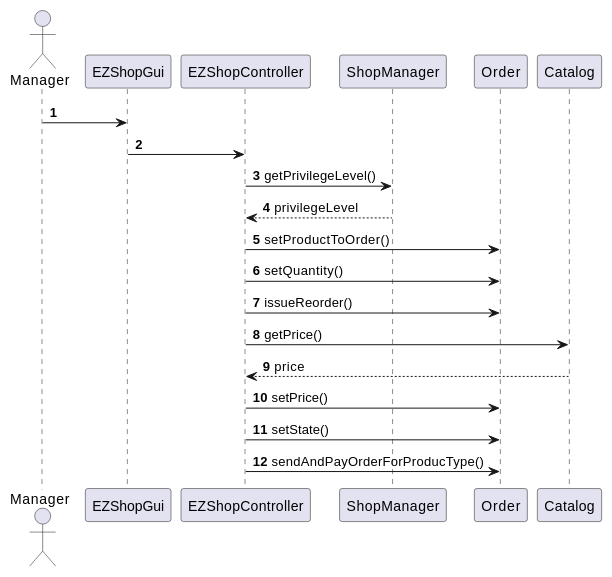
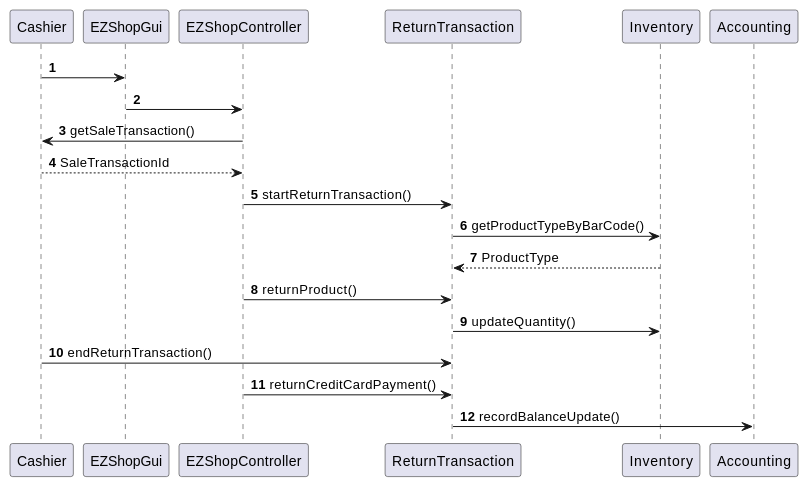
Before and after one commit to mkexc/ezshop: the tenth of 12 diagrams in Deliverables/DesignDocument.md, drawn with PlantUML. The commit also changed other lines of this file and 2 other files, not shown here.

````diff
--- a/Deliverables/DesignDocument.md
+++ b/Deliverables/DesignDocument.md
@@ -454,20 +446,20 @@
 ```plantuml
 @startuml
 autonumber
-actor Manager
+Cashier -> EZShopGui
+EZShopGui -> EZShopController
+EZShopController -> Cashier :getSaleTransaction()
+EZShopController <-- Cashier :SaleTransactionId
+EZShopController -> ReturnTransaction : startReturnTransaction()
+ReturnTransaction -> Inventory : getProductTypeByBarCode()
+ReturnTransaction <-- Inventory : ProductType
+EZShopController -> ReturnTransaction : returnProduct()
+ReturnTransaction -> Inventory : updateQuantity()
+Cashier -> ReturnTransaction : endReturnTransaction()
+EZShopController -> ReturnTransaction : returnCreditCardPayment()
+ReturnTransaction -> Accounting : recordBalanceUpdate()
 
-Manager -> EZShopGui
-EZShopGui -> EZShopController
-EZShopController -> ShopManager : getPrivilegeLevel()
-ShopManager --> EZShopController : privilegeLevel
-EZShopController -> Order : setProductToOrder()
-EZShopController -> Order : setQuantity()
-EZShopController -> Order : issueReorder()
-EZShopController -> Catalog : getPrice()
-EZShopController <-- Catalog : price
-EZShopController -> Order : setPrice()
-EZShopController -> Order : setState()
-EZShopController -> Order : sendAndPayOrderForProducType()
+
 
 @enduml
 ```
````
